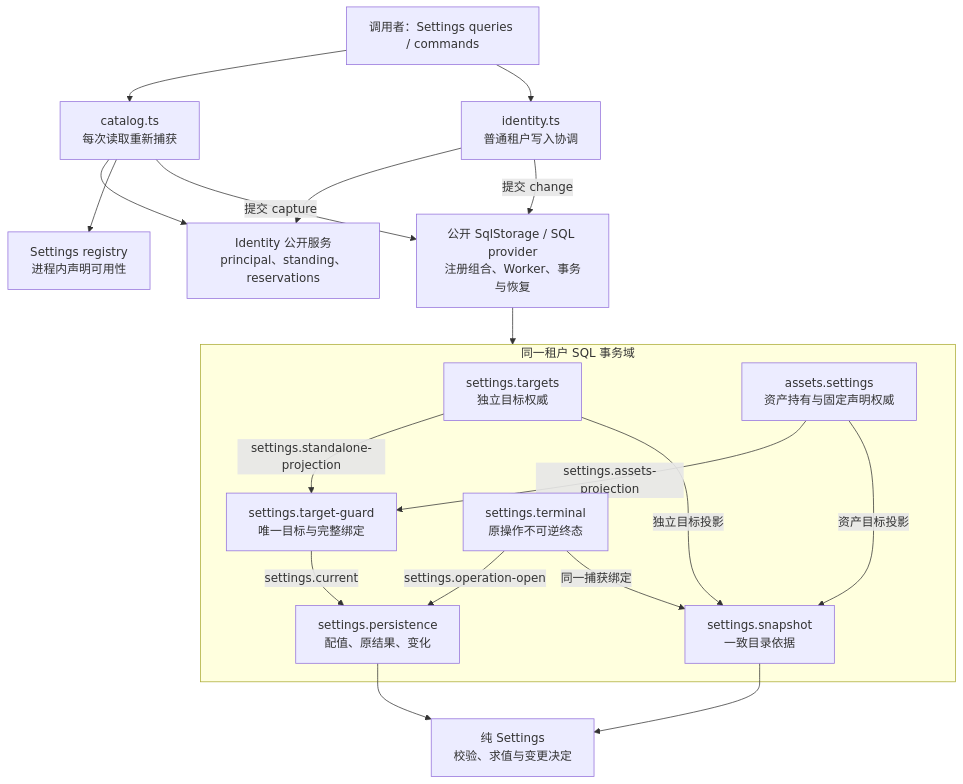
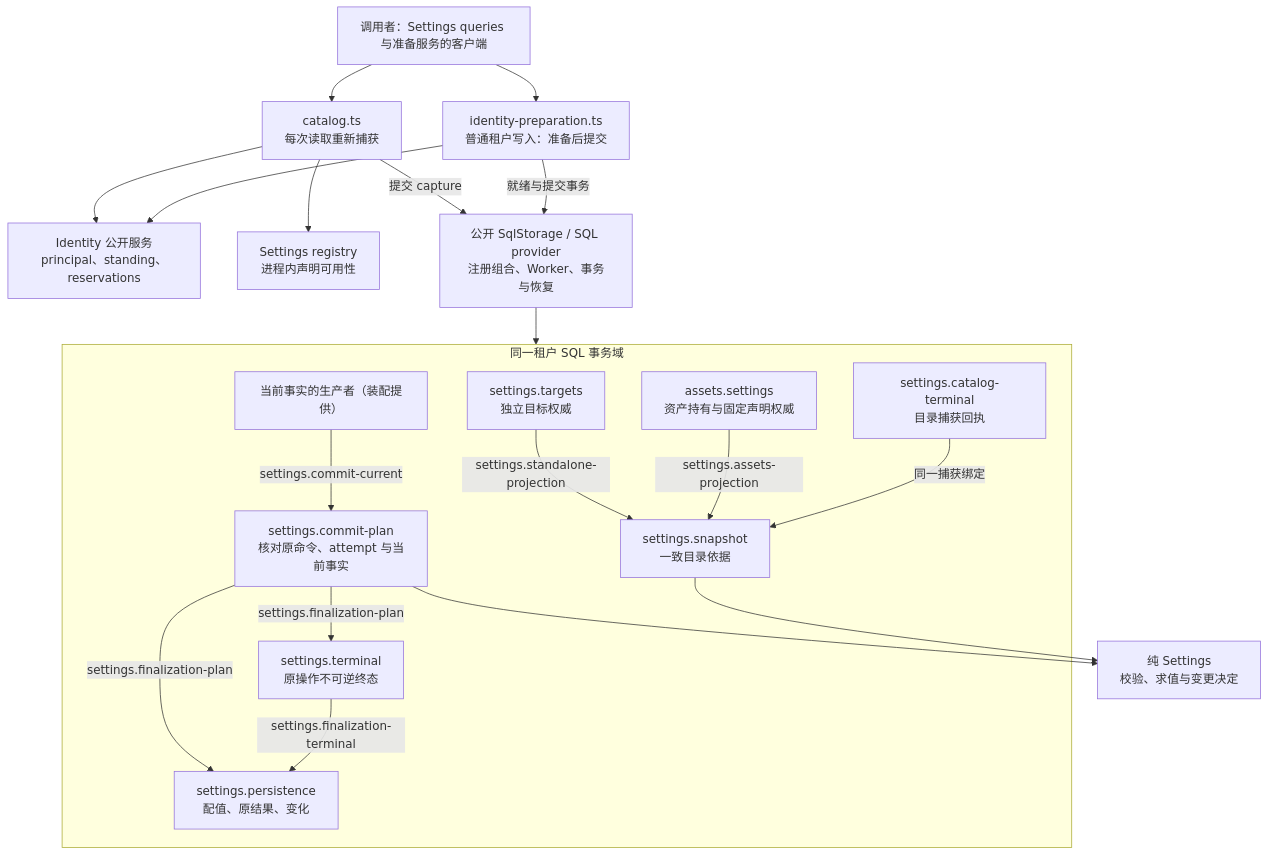
The first of 12 diagrams in packages/assets/settings-local/docs/architecture.md (nemori-ai/omne-harness-lite), drawn with Mermaid before and after one commit. The commit also changed other lines of this file and 86 other files, not shown here.

````diff
--- a/packages/assets/settings-local/docs/architecture.md
+++ b/packages/assets/settings-local/docs/architecture.md
@@ -11,35 +11,37 @@
 ```mermaid
 flowchart TB
-  service["调用者：Settings queries / commands"]
+  service["调用者：Settings queries 与准备服务的客户端"]
   identity["Identity 公开服务<br/>principal、standing、reservations"]
   catalog["catalog.ts<br/>每次读取重新捕获"]
-  qualified["identity.ts<br/>普通租户写入协调"]
+  qualified["identity-preparation.ts<br/>普通租户写入：准备后提交"]
   registry["Settings registry<br/>进程内声明可用性"]
   pure["纯 Settings<br/>校验、求值与变更决定"]
   subgraph tenant["同一租户 SQL 事务域"]
     standalone["settings.targets<br/>独立目标权威"]
     assets["assets.settings<br/>资产持有与固定声明权威"]
-    guard["settings.target-guard<br/>唯一目标与完整绑定"]
+    current["当前事实的生产者（装配提供）"]
+    plan["settings.commit-plan<br/>核对原命令、attempt 与当前事实"]
     snapshot["settings.snapshot<br/>一致目录依据"]
     persistence["settings.persistence<br/>配值、原结果、变化"]
     terminal["settings.terminal<br/>原操作不可逆终态"]
+    receipt["settings.catalog-terminal<br/>目录捕获回执"]
   end
   sql["公开 SqlStorage / SQL provider<br/>注册组合、Worker、事务与恢复"]
   service --> catalog
   service --> qualified
   catalog --> identity
   qualified --> identity
   catalog --> registry
-  standalone -->|settings.standalone-projection| guard
-  assets -->|settings.assets-projection| guard
-  standalone -->|独立目标投影| snapshot
-  assets -->|资产目标投影| snapshot
-  guard -->|settings.current| persistence
-  terminal -->|settings.operation-open| persistence
-  terminal -->|同一捕获绑定| snapshot
-  persistence --> pure
+  standalone -->|settings.standalone-projection| snapshot
+  assets -->|settings.assets-projection| snapshot
+  receipt -->|同一捕获绑定| snapshot
+  current -->|settings.commit-current| plan
+  plan -->|settings.finalization-plan| terminal
+  plan -->|settings.finalization-plan| persistence
+  terminal -->|settings.finalization-terminal| persistence
+  plan --> pure
   snapshot --> pure
   catalog -->|提交 capture| sql
-  qualified -->|提交 change| sql
+  qualified -->|就绪与提交事务| sql
   sql --> tenant
 ```
````
